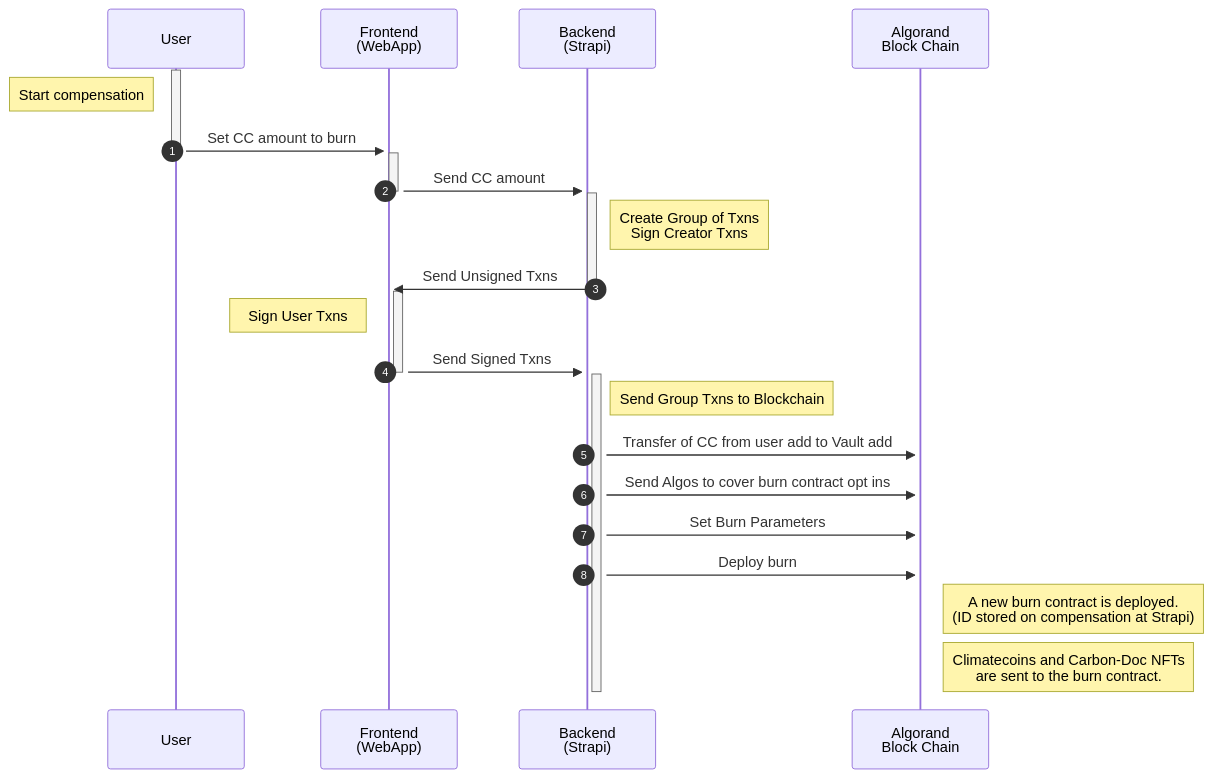
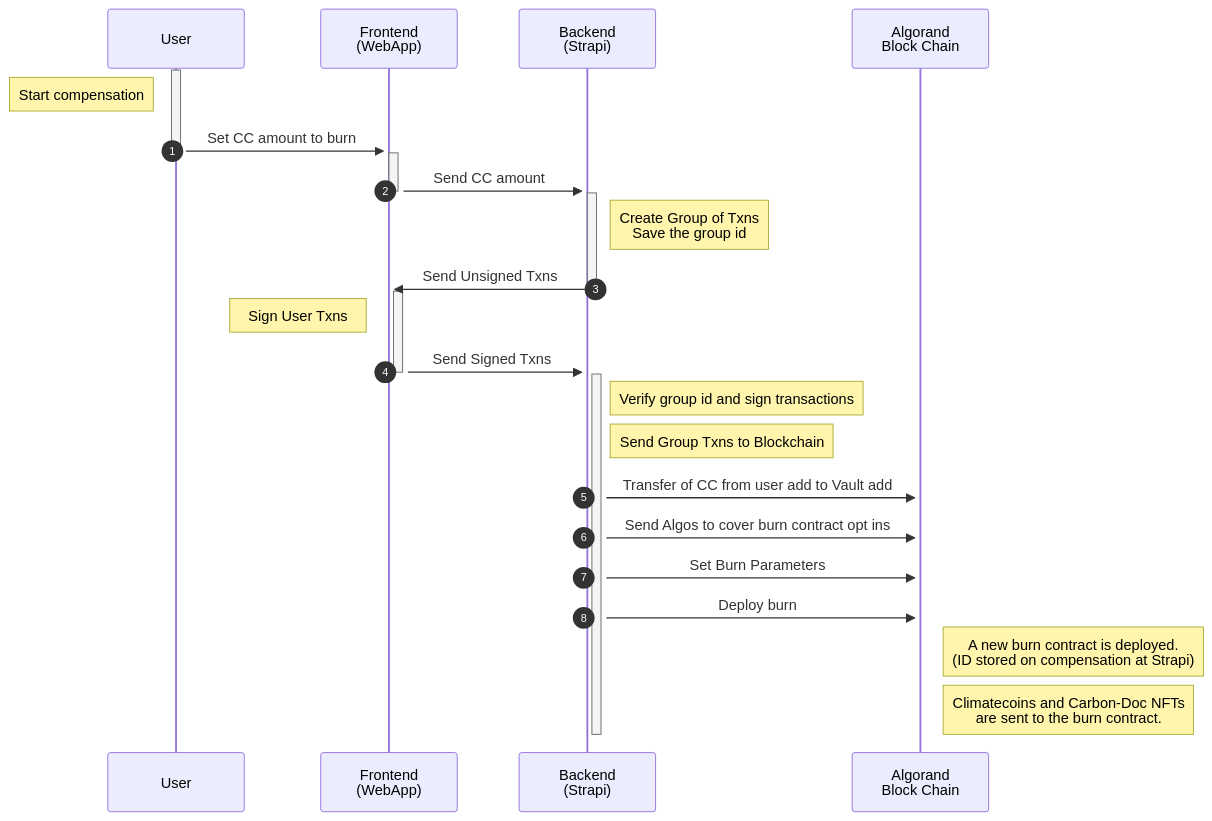
One commit to matamicenclimate/poc_backend changed the fifth of 7 diagrams in README.md. Above: the diagram before and after it, drawn with Mermaid. The commit also changed other lines of this file and 71 other files, not shown here.

````diff
--- a/README.md
+++ b/README.md
@@ -196,37 +239,38 @@
 ```mermaid
 sequenceDiagram
     participant Usr as User
     participant Front as Frontend <br> (WebApp)
     participant Back as Backend <br> (Strapi)
     participant BC as Algorand <br> Block Chain
     autonumber
     
     activate Usr
     note left of Usr: Start compensation
     Usr->>+Front: Set CC amount to burn
     deactivate Usr
 
     activate Front
     Front->>+Back: Send CC amount
     deactivate Front
 
     activate Back
-    note right of Back: Create Group of Txns <br> Sign Creator Txns
+    note right of Back: Create Group of Txns <br> Save the group id
     Back->>+Front: Send Unsigned Txns
     deactivate Back 
 
     activate Front 
     note left of Front: Sign User Txns
     Front->>+Back: Send Signed Txns
     deactivate Front
 
     activate Back
+    note right of Back: Verify group id and sign transactions
     note right of Back: Send Group Txns to Blockchain
     Back->>+BC: Transfer of CC from user add to Vault add
     Back->>+BC: Send Algos to cover burn contract opt ins
     Back->>+BC: Set Burn Parameters
     Back->>+BC: Deploy burn
     note right of BC: A new burn contract is deployed. <br> (ID stored on compensation at Strapi)
     note right of BC: Climatecoins and Carbon-Doc NFTs <br> are sent to the burn contract.
     deactivate Back
 ```
````
